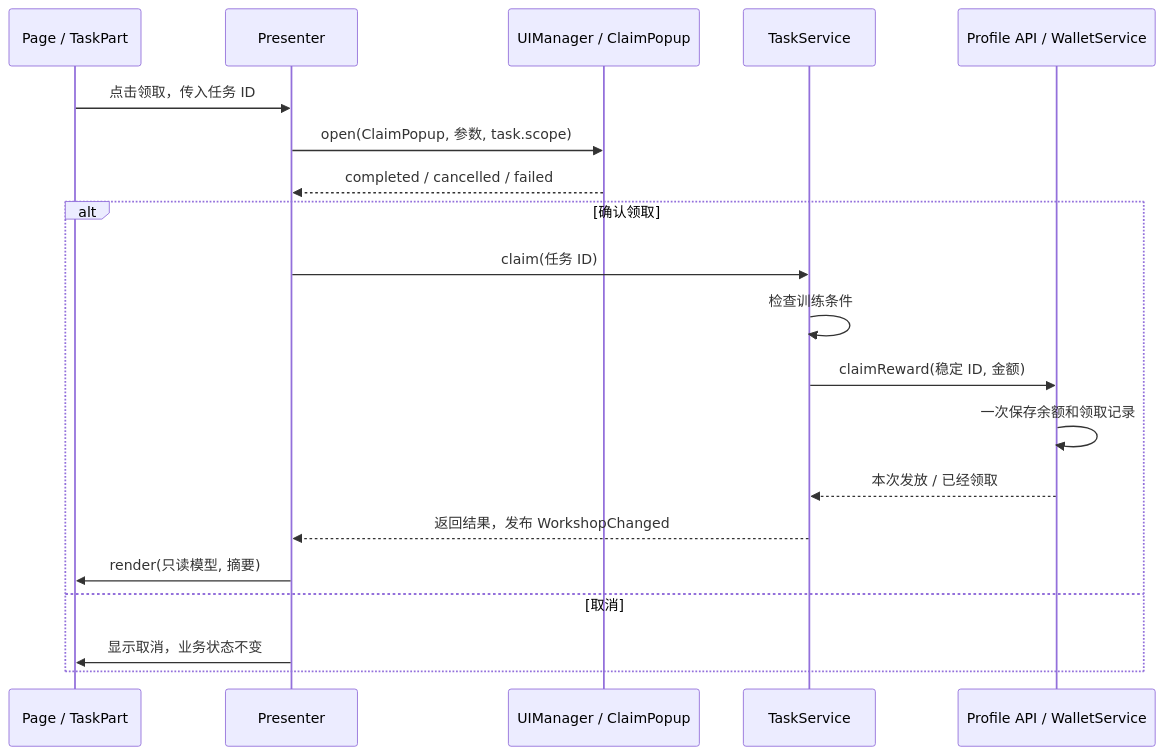
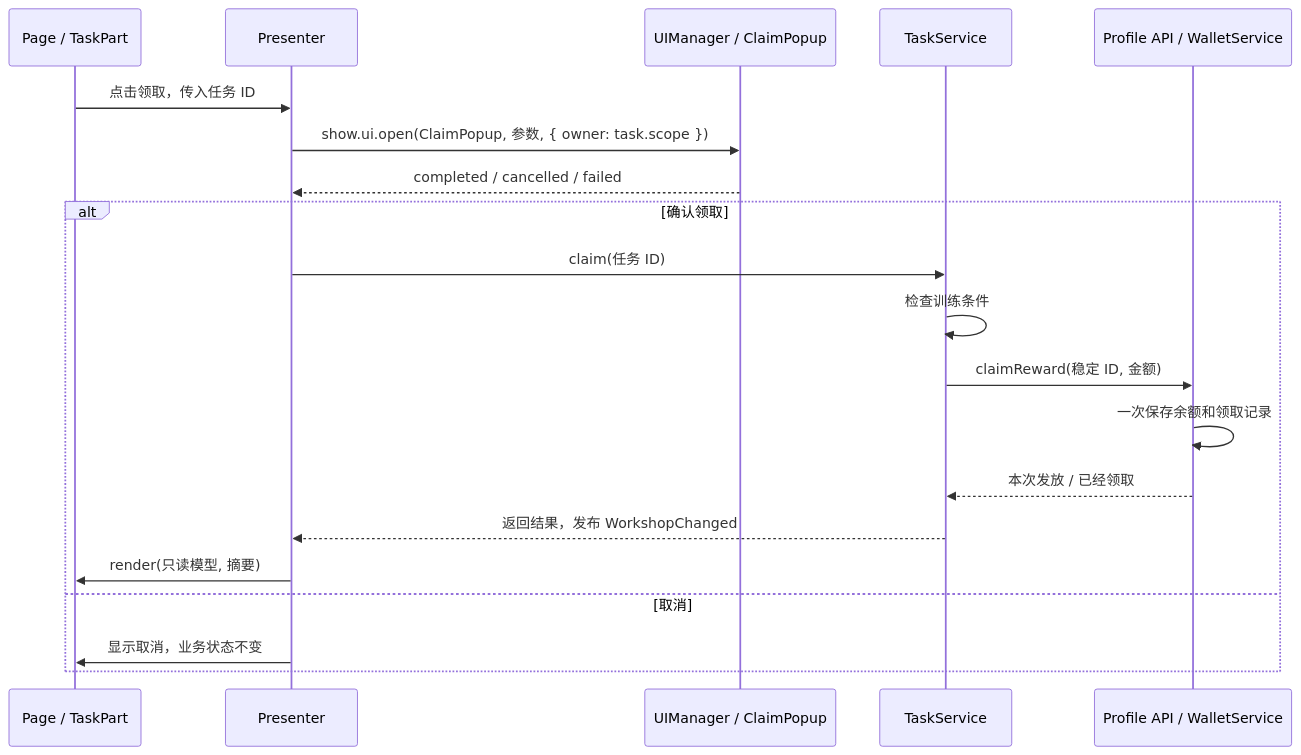
Before and after one commit to yeahyj/YZForge: the diagram in docs/development-workflow.md, drawn with Mermaid. The commit also changed other lines of this file and 67 other files, not shown here.

````diff
--- a/docs/development-workflow.md
+++ b/docs/development-workflow.md
@@ -20,22 +22,22 @@
 ```mermaid
 sequenceDiagram
     participant P as Page / TaskPart
     participant C as Presenter
     participant U as UIManager / ClaimPopup
     participant S as TaskService
     participant W as Profile API / WalletService
     P->>C: 点击领取，传入任务 ID
-    C->>U: open(ClaimPopup, 参数, task.scope)
+    C->>U: show.ui.open(ClaimPopup, 参数, { owner: task.scope })
     U-->>C: completed / cancelled / failed
     alt 确认领取
         C->>S: claim(任务 ID)
         S->>S: 检查训练条件
         S->>W: claimReward(稳定 ID, 金额)
         W->>W: 一次保存余额和领取记录
         W-->>S: 本次发放 / 已经领取
         S-->>C: 返回结果，发布 WorkshopChanged
         C->>P: render(只读模型, 摘要)
     else 取消
         C->>P: 显示取消，业务状态不变
     end
 ```
````
